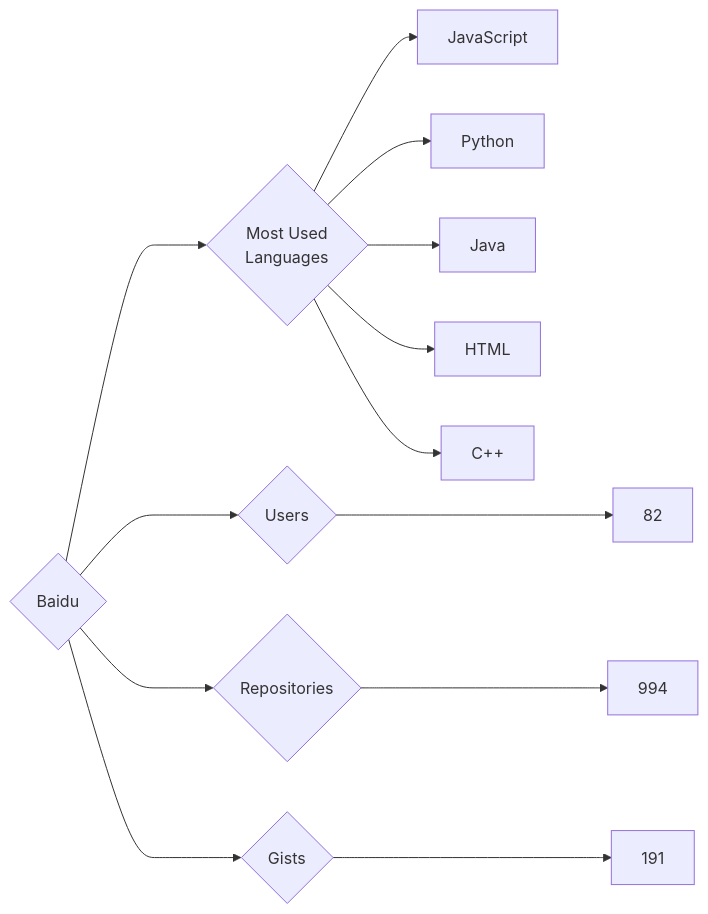
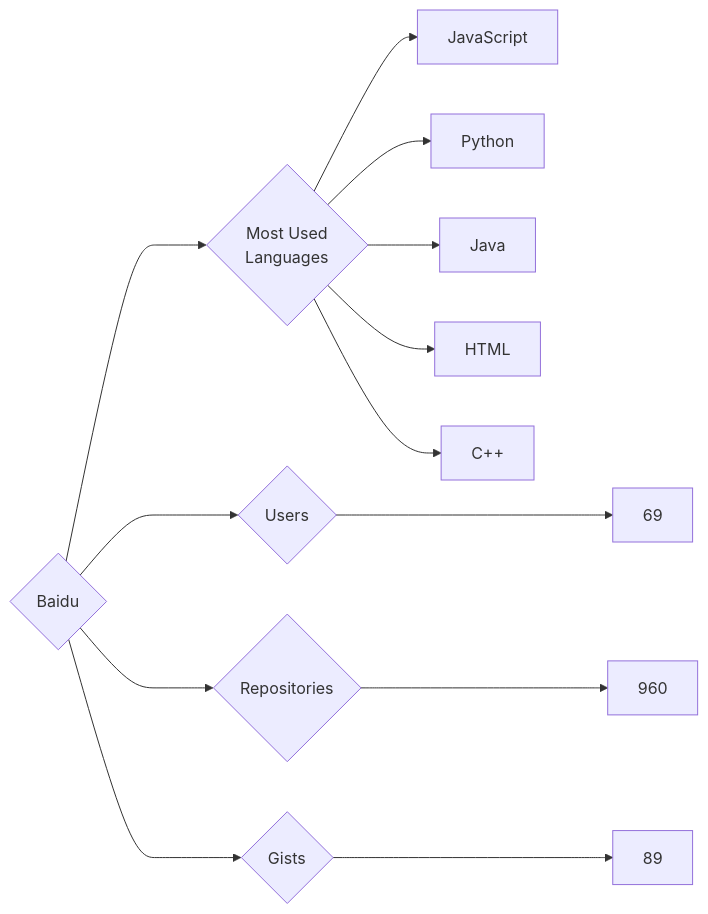
One commit to trickest/insiders changed the diagram in targets/Baidu/README.md. Above: the diagram before and after it, drawn with Mermaid. The commit also changed 639 other files, not shown here.

````diff
--- a/targets/Baidu/README.md
+++ b/targets/Baidu/README.md
@@ -3,13 +3,13 @@
 ```mermaid
 graph LR
 COMPANY_NAME{Baidu}
-COMPANY_NAME ---> U{Users} ---> UN[82]
-COMPANY_NAME ---> R{Repositories} ---> RN[994]
-COMPANY_NAME ---> G{Gists} ---> GN[191]
+COMPANY_NAME ---> U{Users} ---> UN[69]
+COMPANY_NAME ---> R{Repositories} ---> RN[960]
+COMPANY_NAME ---> G{Gists} ---> GN[89]
 COMPANY_NAME ---> ML{Most Used<br>Languages}
 ML --> JavaScript[JavaScript]
 ML --> Python[Python]
 ML --> Java[Java]
 ML --> HTML[HTML]
 ML --> C++[C++]
 ```
````
